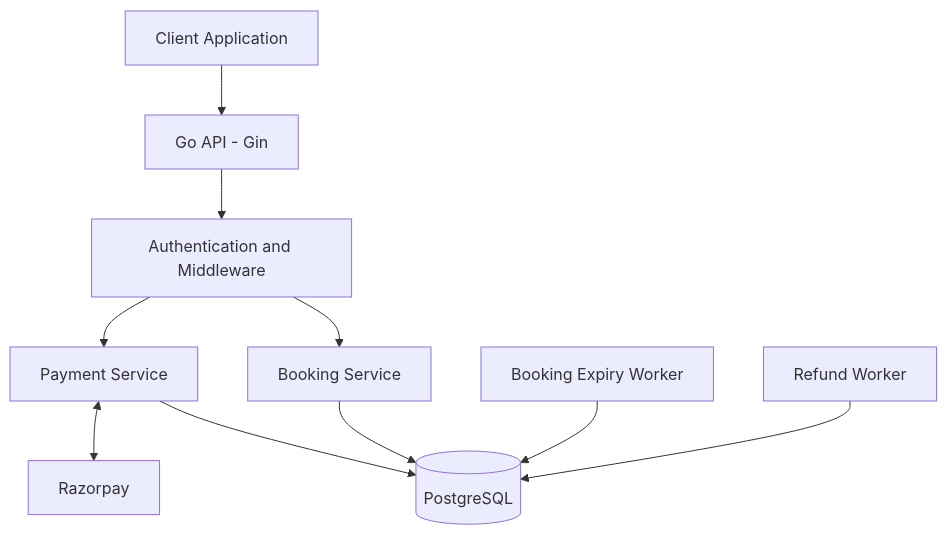
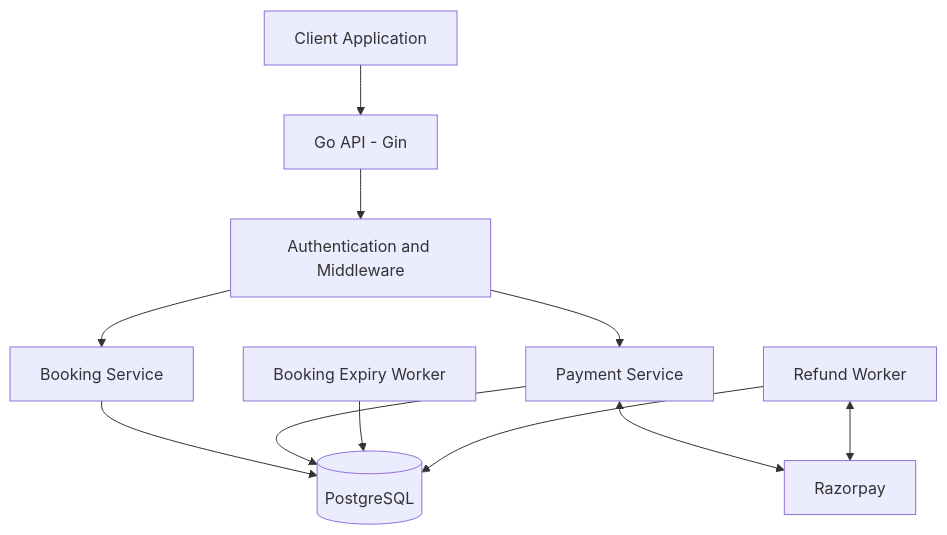
Before and after one commit to san-sp/Golang_StayNest_Booking_API_Practice: the diagram in README.md, drawn with Mermaid. The commit also changed other lines of this file, not shown here.

````diff
--- a/README.md
+++ b/README.md
@@ -113,23 +108,23 @@
 ```mermaid
 flowchart TD
     Client[Client Application]
     API[Go API - Gin]
     Auth[Authentication and Middleware]
     Booking[Booking Service]
     Payment[Payment Service]
     DB[(PostgreSQL)]
     Razorpay[Razorpay]
     Expiry[Booking Expiry Worker]
     Refund[Refund Worker]
 
     Client --> API
     API --> Auth
     Auth --> Booking
     Auth --> Payment
     Booking --> DB
     Payment --> DB
     Payment <--> Razorpay
     Expiry --> DB
     Refund --> DB
-    Refund
+    Refund <--> Razorpay
 ```
````
